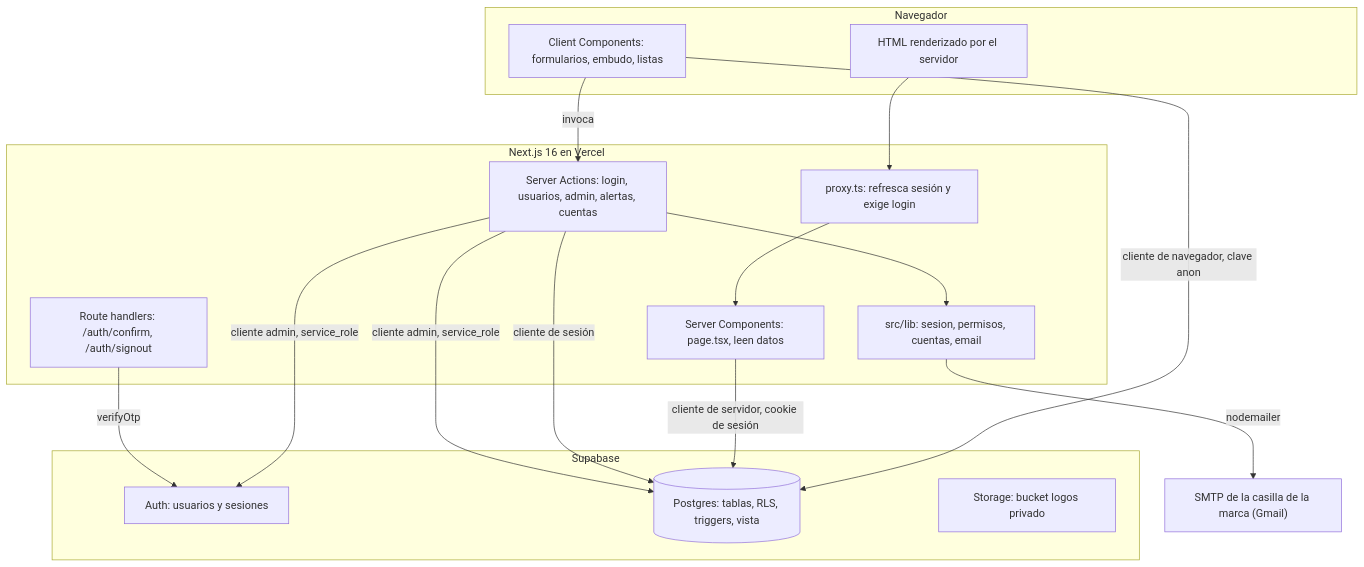
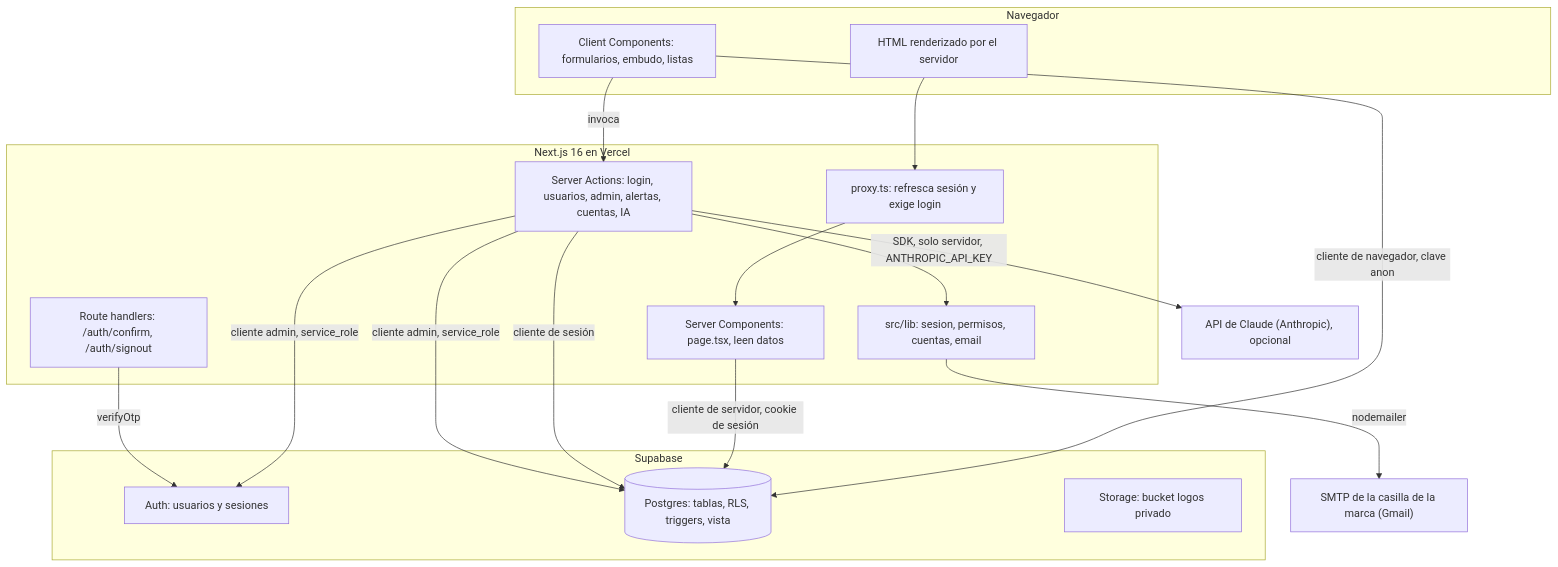
Before and after one commit to TBalles/CRM_GADS1: the first of 6 diagrams in docs/arquitectura.md, drawn with Mermaid. The commit also changed other lines of this file and 39 other files, not shown here.

````diff
--- a/docs/arquitectura.md
+++ b/docs/arquitectura.md
@@ -19,34 +20,36 @@
 ```mermaid
 flowchart TB
     subgraph Navegador
         RSC["HTML renderizado por el servidor"]
         CC["Client Components: formularios, embudo, listas"]
     end
 
     subgraph Vercel["Next.js 16 en Vercel"]
         PX["proxy.ts: refresca sesión y exige login"]
         SC["Server Components: page.tsx, leen datos"]
-        SA["Server Actions: login, usuarios, admin, alertas, cuentas"]
+        SA["Server Actions: login, usuarios, admin, alertas, cuentas, IA"]
         RH["Route handlers: /auth/confirm, /auth/signout"]
         LIB["src/lib: sesion, permisos, cuentas, email"]
     end
 
     subgraph Supabase
         AUTH["Auth: usuarios y sesiones"]
         PG[("Postgres: tablas, RLS, triggers, vista")]
         ST["Storage: bucket logos privado"]
     end
 
     SMTP["SMTP de la casilla de la marca (Gmail)"]
+    CLAUDE["API de Claude (Anthropic), opcional"]
 
     RSC --> PX --> SC
     CC -->|"cliente de navegador, clave anon"| PG
     CC -->|"invoca"| SA
     SC -->|"cliente de servidor, cookie de sesión"| PG
     SA -->|"cliente de sesión"| PG
     SA -->|"cliente admin, service_role"| AUTH
     SA -->|"cliente admin, service_role"| PG
     SA --> LIB
     RH -->|"verifyOtp"| AUTH
     LIB -->|"nodemailer"| SMTP
+    SA -->|"SDK, solo servidor, ANTHROPIC_API_KEY"| CLAUDE
 ```
````
